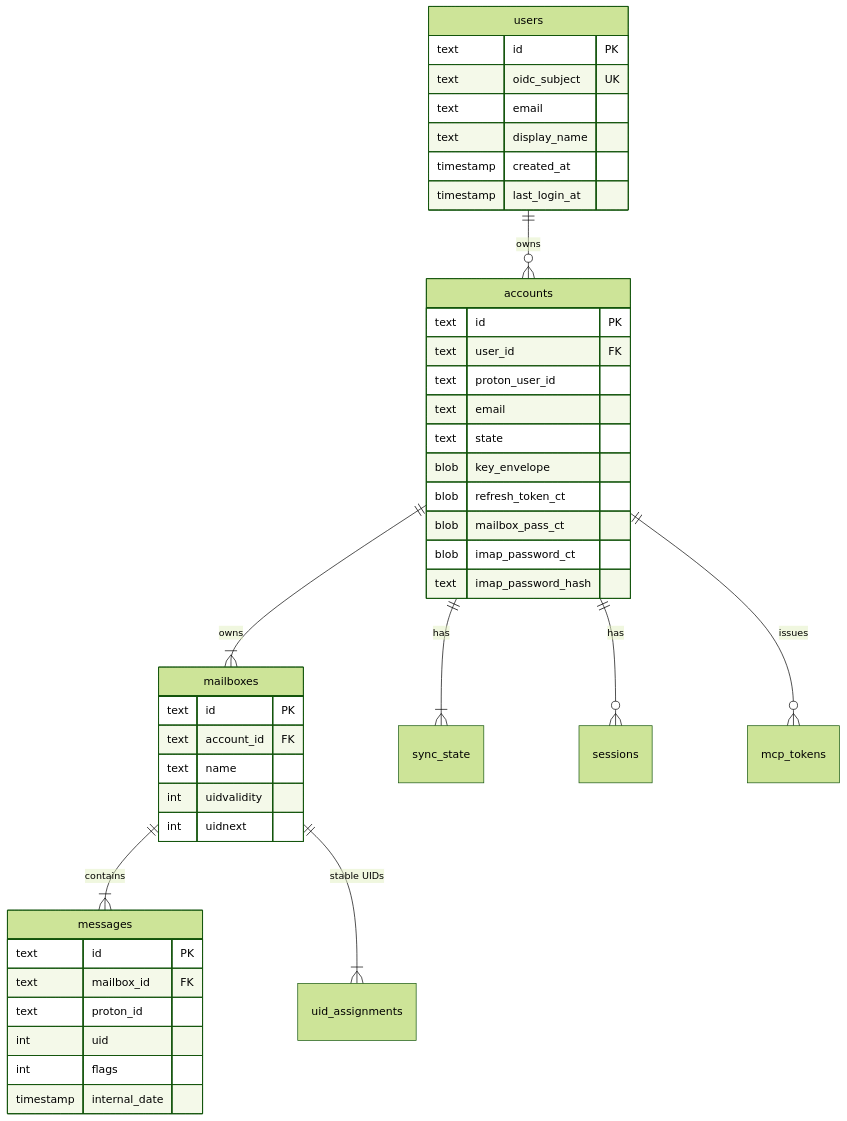
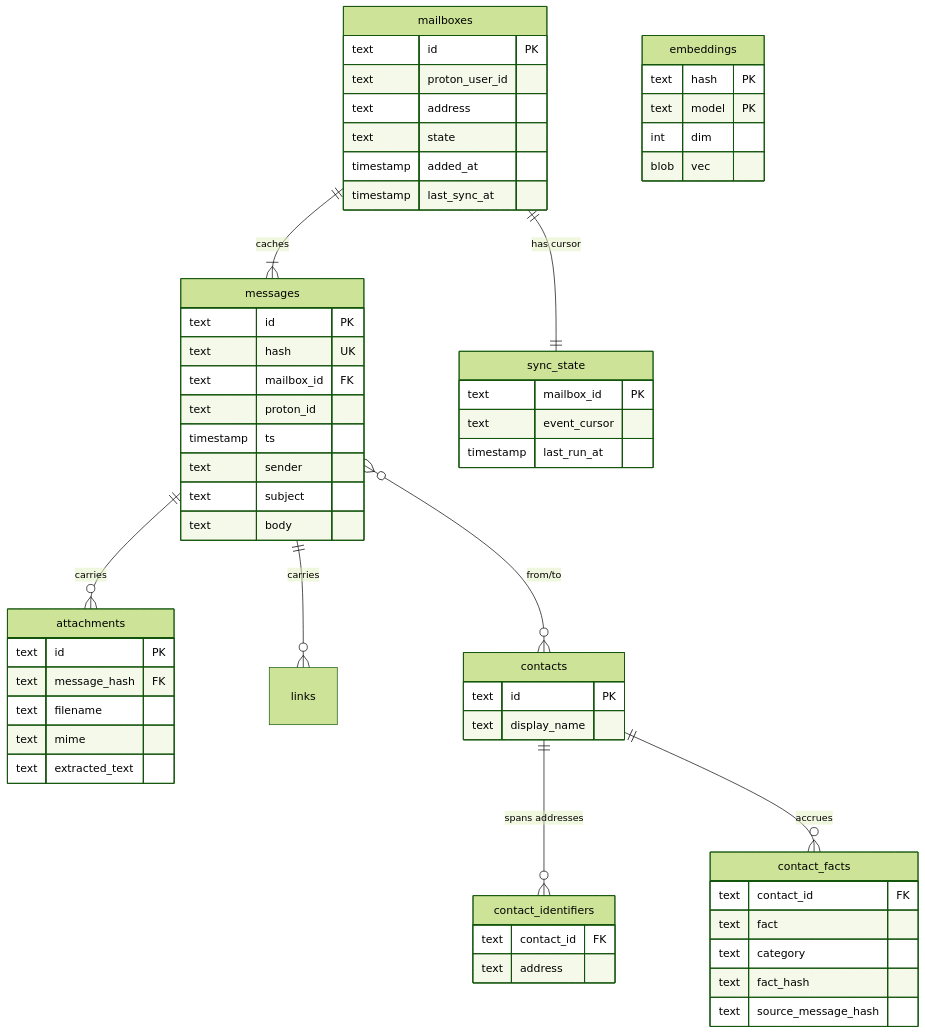
One commit to joestump/reduit changed the diagram in docs/adrs/ADR-0006-sqlite-persistent-store.md. Above: the diagram before and after it, drawn with Mermaid (forest theme). The commit also changed other lines of this file and 70 other files, not shown here.

First line of the commit message:
[docs] Refactor architecture to single-user local-first Proton RAG (#PR)

````diff
--- a/docs/adrs/ADR-0006-sqlite-persistent-store.md
+++ b/docs/adrs/ADR-0006-sqlite-persistent-store.md
@@ -140,46 +153,62 @@
 ```mermaid
 erDiagram
-    users ||--o{ accounts : "owns"
-    accounts ||--|{ mailboxes : "owns"
-    accounts ||--|{ sync_state : "has"
-    accounts ||--o{ sessions : "has"
-    accounts ||--o{ mcp_tokens : "issues"
-    mailboxes ||--|{ messages : "contains"
-    mailboxes ||--|{ uid_assignments : "stable UIDs"
+    mailboxes ||--|{ messages : "caches"
+    mailboxes ||--|| sync_state : "has cursor"
+    messages ||--o{ attachments : "carries"
+    messages ||--o{ links : "carries"
+    contacts ||--o{ contact_identifiers : "spans addresses"
+    contacts ||--o{ contact_facts : "accrues"
+    messages }o--o{ contacts : "from/to"
 
-    users {
-        text id PK
-        text oidc_subject UK
-        text email
-        text display_name
-        timestamp created_at
-        timestamp last_login_at
-    }
-    accounts {
-        text id PK
-        text user_id FK
-        text proton_user_id
-        text email
-        text state
-        blob key_envelope
-        blob refresh_token_ct
-        blob mailbox_pass_ct
-        blob imap_password_ct
-        text imap_password_hash
-    }
     mailboxes {
         text id PK
-        text account_id FK
-        text name
-        int uidvalidity
-        int uidnext
+        text proton_user_id
+        text address
+        text state
+        timestamp added_at
+        timestamp last_sync_at
     }
     messages {
         text id PK
+        text hash UK
         text mailbox_id FK
         text proton_id
-        int uid
-        int flags
-        timestamp internal_date
+        timestamp ts
+        text sender
+        text subject
+        text body
+    }
+    attachments {
+        text id PK
+        text message_hash FK
+        text filename
+        text mime
+        text extracted_text
+    }
+    contacts {
+        text id PK
+        text display_name
+    }
+    contact_identifiers {
+        text contact_id FK
+        text address
+    }
+    embeddings {
+        text hash PK
+        text model PK
+        int dim
+        blob vec
+    }
+    contact_facts {
+        text contact_id FK
+        text fact
+        text category
+        text fact_hash
+        text source_message_hash
+    }
+    sync_state {
+        text mailbox_id PK
+        text event_cursor
+        timestamp last_run_at
     }
 ```
````
